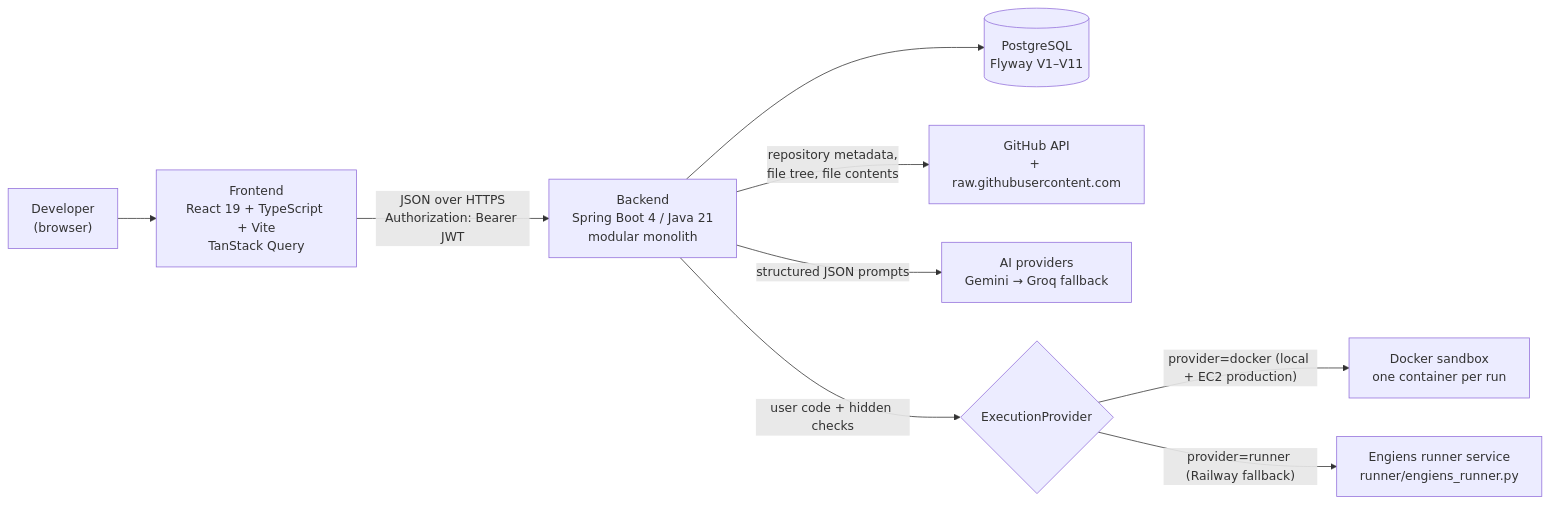
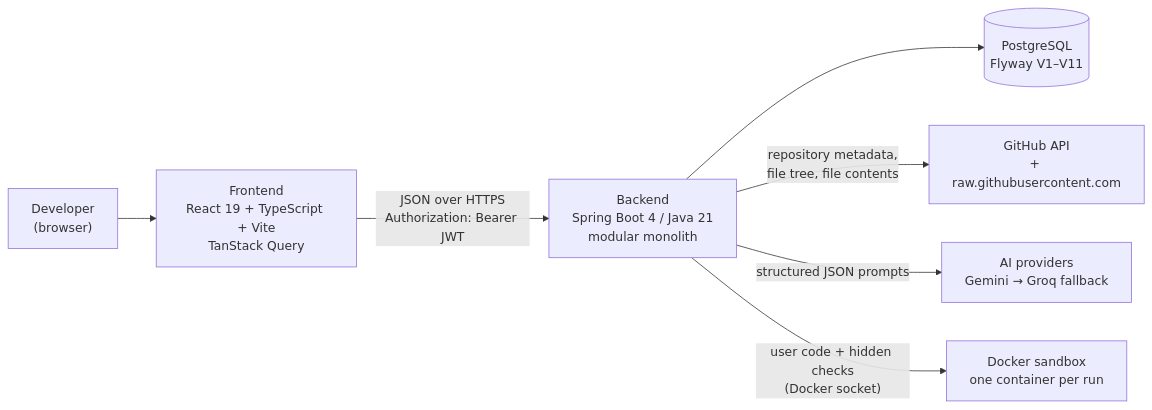
Before and after one commit to Amartya989870xxxx/Engiens: the first of 8 diagrams in ARCHITECTURE.md, drawn with Mermaid. The commit also changed other lines of this file and 30 other files, not shown here.

````diff
--- a/ARCHITECTURE.md
+++ b/ARCHITECTURE.md
@@ -19,11 +19,9 @@
 ```mermaid
 flowchart LR
     U["Developer<br/>(browser)"] --> FE["Frontend<br/>React 19 + TypeScript + Vite<br/>TanStack Query"]
     FE -- "JSON over HTTPS<br/>Authorization: Bearer JWT" --> BE["Backend<br/>Spring Boot 4 / Java 21<br/>modular monolith"]
     BE --> DB[("PostgreSQL<br/>Flyway V1–V11")]
     BE -- "repository metadata,<br/>file tree, file contents" --> GH["GitHub API<br/>+ raw.githubusercontent.com"]
     BE -- "structured JSON prompts" --> AI["AI providers<br/>Gemini → Groq fallback"]
-    BE -- "user code + hidden checks" --> EX{"ExecutionProvider"}
-    EX -- "provider=docker (local + EC2 production)" --> DK["Docker sandbox<br/>one container per run"]
-    EX -- "provider=runner (Railway fallback)" --> RN["Engiens runner service<br/>runner/engiens_runner.py"]
+    BE -- "user code + hidden checks<br/>(Docker socket)" --> DK["Docker sandbox<br/>one container per run"]
 ```
````
